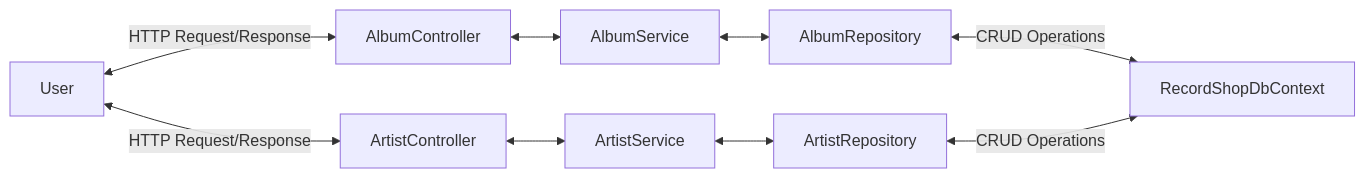
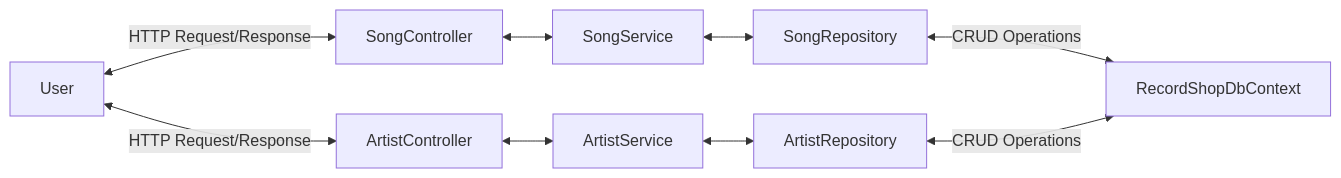
One commit to Rachel-Tookey/cs_record_shop changed the diagram in README.md. Above: the diagram before and after it, drawn with Mermaid. The commit also changed other lines of this file, not shown here.

Commit message:
Fix: updated README with Song references

````diff
--- a/README.md
+++ b/README.md
@@ -7,11 +7,11 @@
 ```mermaid
 flowchart LR;
-    User<--HTTP Request/Response-->AlbumController;
+    User<--HTTP Request/Response-->SongController;
     User<--HTTP Request/Response-->ArtistController;
-    AlbumController<-->AlbumService;
-    AlbumService<-->AlbumRepository;
-    AlbumRepository<--CRUD Operations-->RecordShopDbContext;
+    SongController<-->SongService;
+    SongService<-->SongRepository;
+    SongRepository<--CRUD Operations-->RecordShopDbContext;
     ArtistController<-->ArtistService;
     ArtistService<-->ArtistRepository;
     ArtistRepository<--CRUD Operations-->RecordShopDbContext;
 ```
````
